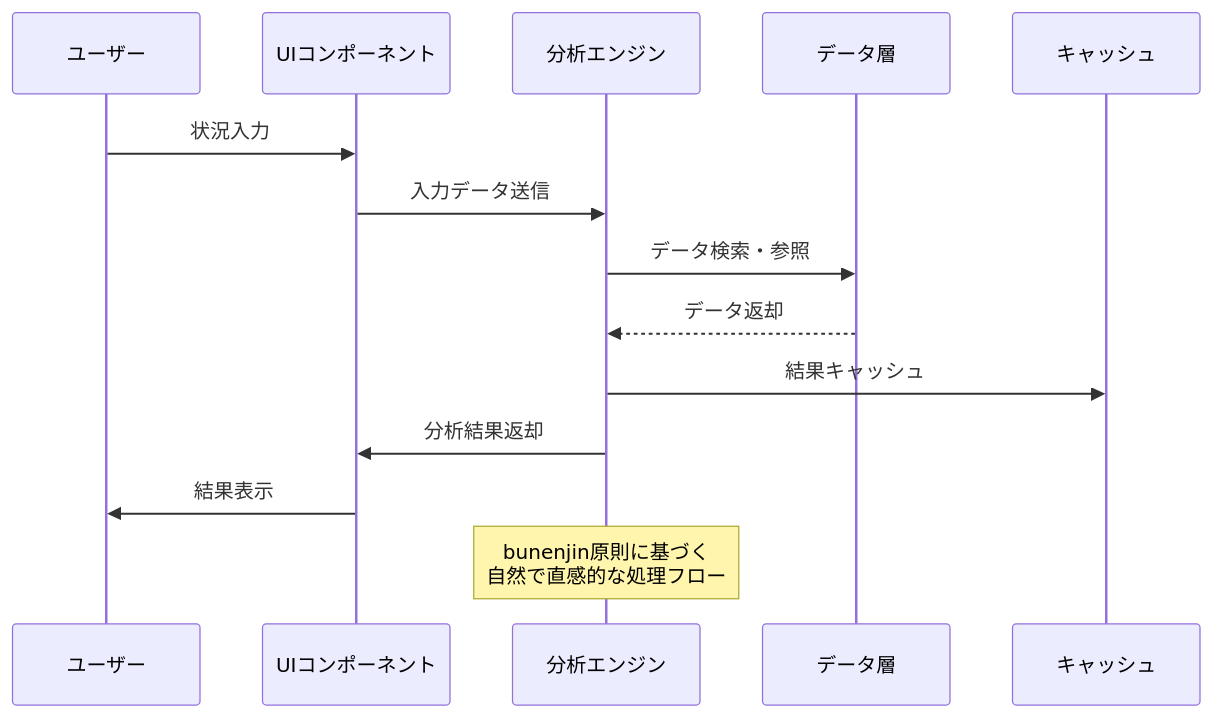
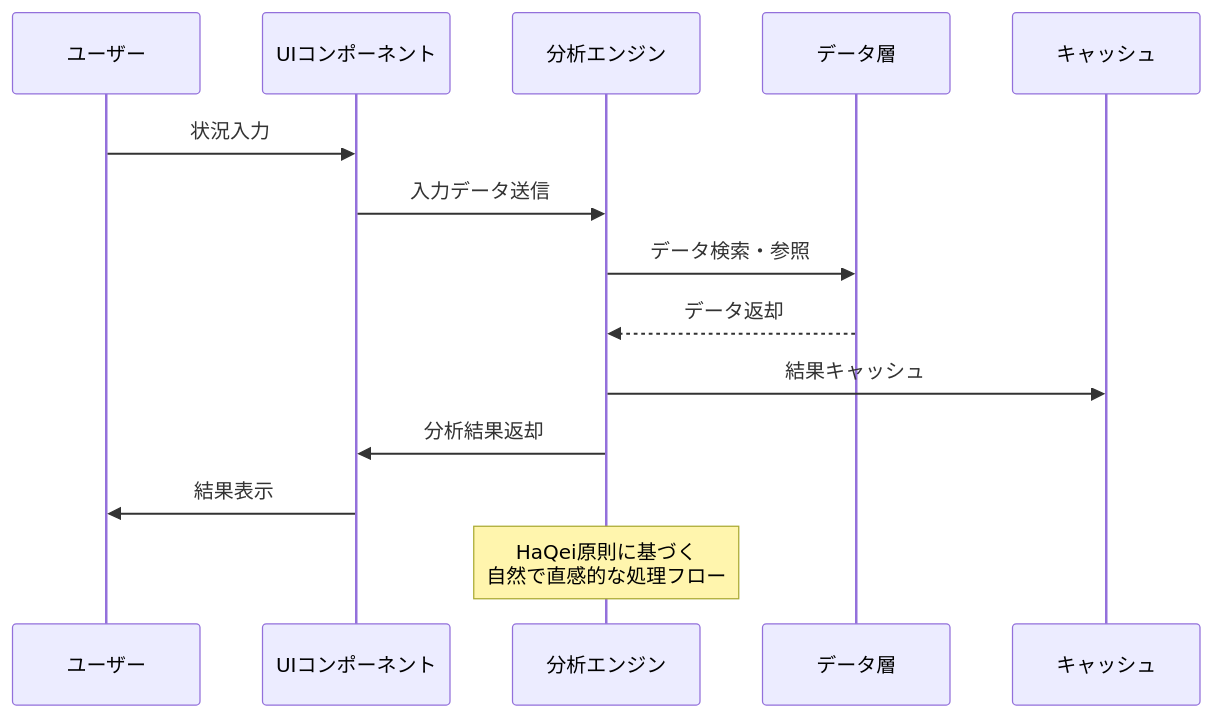
One commit to hidenaka/haqei-analyzer changed the second of 2 diagrams in docs/FUTURE_SIMULATOR_TECHNICAL_DESIGN_v2.md. Above: the diagram before and after it, drawn with Mermaid. The commit also changed other lines of this file and 1060 other files, not shown here.

````diff
--- a/docs/FUTURE_SIMULATOR_TECHNICAL_DESIGN_v2.md
+++ b/docs/FUTURE_SIMULATOR_TECHNICAL_DESIGN_v2.md
@@ -271,18 +271,18 @@
 ```mermaid
 sequenceDiagram
     participant User as ユーザー
     participant UI as UIコンポーネント
     participant Engine as 分析エンジン
     participant Data as データ層
     participant Cache as キャッシュ
 
     User->>UI: 状況入力
     UI->>Engine: 入力データ送信
     Engine->>Data: データ検索・参照
     Data-->>Engine: データ返却
     Engine->>Cache: 結果キャッシュ
     Engine->>UI: 分析結果返却
     UI->>User: 結果表示
 
-    Note over Engine: bunenjin原則に基づく<br/>自然で直感的な処理フロー
+    Note over Engine: HaQei原則に基づく<br/>自然で直感的な処理フロー
 ```
````
